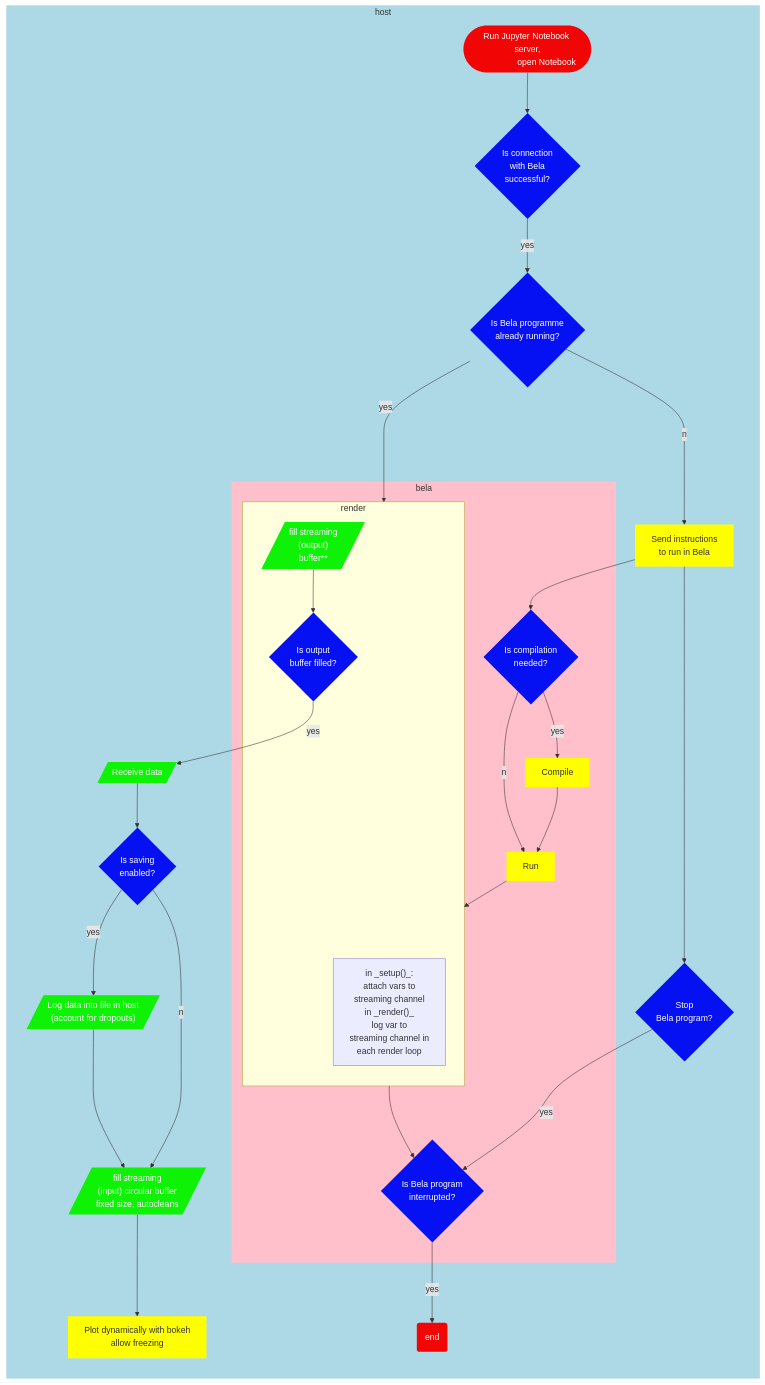
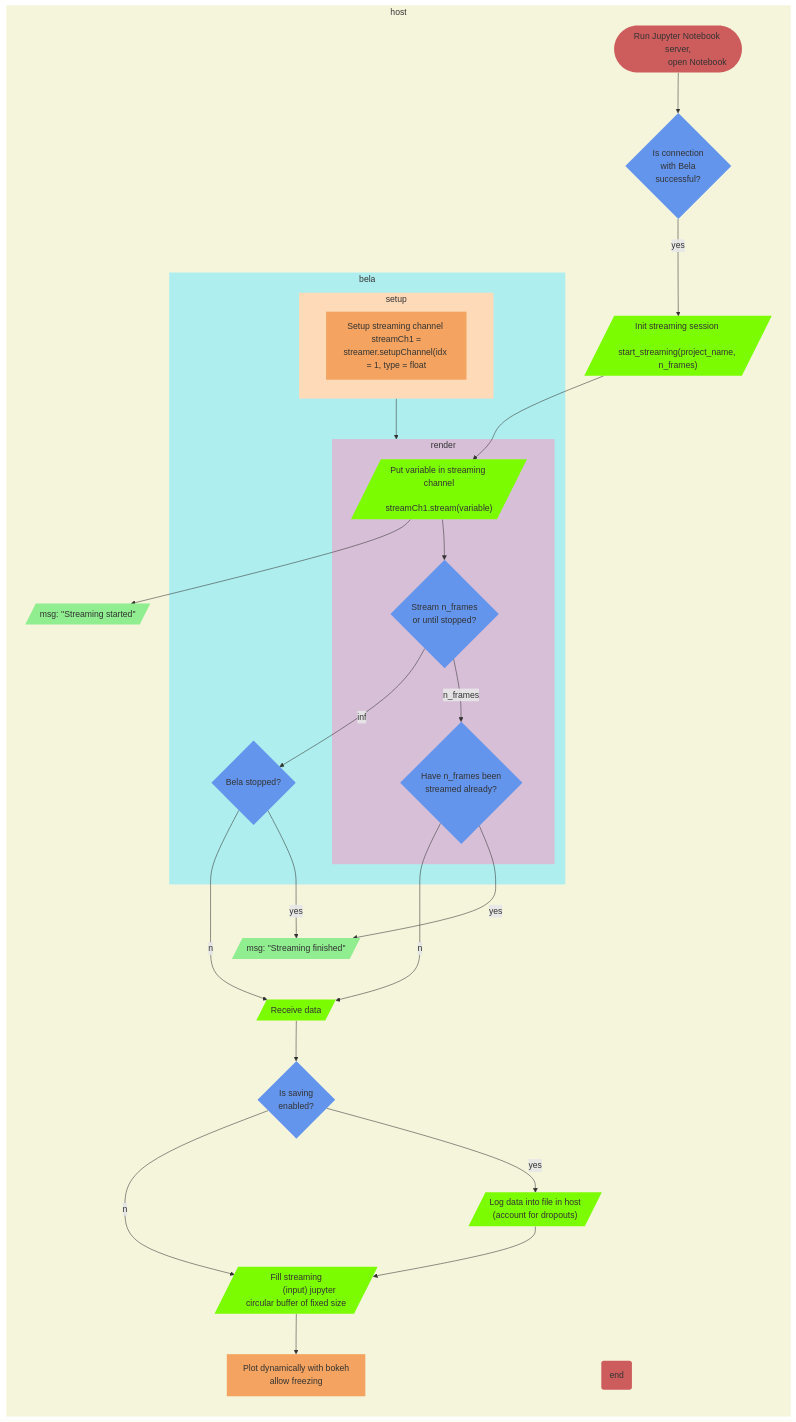
One commit to BelaPlatform/pybela changed the diagram in flowcharts/streaming.md. Above: the diagram before and after it, drawn with Mermaid. The commit also changed 3 other files, not shown here.

Commit message:
updated flowcharts with latest changes from excel dataflow

````diff
--- a/flowcharts/streaming.md
+++ b/flowcharts/streaming.md
@@ -14,13 +14,18 @@
 
 flowchart TD
 
-	classDef c_st fill:#F20505,color:white,stroke-width:0
-	classDef c_io fill:#0DF205,color:white,stroke-width:0
-	classDef c_p fill:yellow,stroke-width:0
-	classDef c_con fill:#0511F2,color:white,stroke-width:0
+
+	classDef c_st fill:indianred,stroke-width:0
+	classDef c_io fill:lawngreen,stroke-width:0
+	classDef c_p fill:sandybrown,stroke-width:0
+	classDef c_msg fill:lightgreen,stroke-width:0
+	classDef c_con fill:cornflowerblue,stroke-width:0
 	classDef c_bela fill:magenta,stroke-width:0
-	style bela fill:pink,stroke-width:0
-	style host fill:lightblue,stroke-width:0
+
+	style host fill:beige,stroke-width:0
+	style bela fill:paleturquoise,stroke-width:0
+	style setup fill:peachpuff,stroke-width:0
+	style render fill:thistle,stroke-width:0
 
 	subgraph host
 		direction TB
@@ -29,43 +34,38 @@
 		c_all_good{"Is connection
 		with Bela
 		successful?"}:::c_con
-		c_already_run{"Is Bela programme
-		already running?"}:::c_con
-		p_send_inst["Send instructions
-		to run in Bela"]:::c_p
 
-		c_is_stopped{"Stop
-		Bela program?"}:::c_con
+
+		io_start[/"Init streaming session 
+		start_streaming(project_name, n_frames)"/]:::c_io
 
 		subgraph bela
-			c_comp_needed{"Is compilation
-			needed?"}:::c_con
-			p_compile["Compile"]:::c_p
-			p_run["Run"]:::c_p
+
+			
+			subgraph setup
+				p_stream_setup["Setup streaming channel \n streamCh1 = streamer.setupChannel(idx = 1, type = float"]:::c_p
+			end
+
 
             subgraph render
-                n1["in _setup()_:
-                attach vars to
-                streaming channel
-                in _render()_
-                log var to
-                streaming channel in
-                each render loop"]
-                io_fill_obuff[/"fill streaming
-                (output)
-                buffer**"/]:::c_io
-                c_buff_filled{"Is output
-                buffer filled?"}:::c_con
+     
+                io_fill_obuff[/"Put variable in streaming channel
+				streamCh1.stream(variable)"/]:::c_io
+				c_mode{"Stream n_frames 
+				or until stopped?"}:::c_con
+                c_buff_filled{"Have n_frames been 
+				streamed already?"}:::c_con
             end
-			c_int{"Is Bela program
-			interrupted?"}:::c_con
+
+			c_stop{"Bela stopped?"}:::c_con
+
 		end
 
         io_receive[/"Receive data"/]:::c_io
 
-        io_fill_ibuff[/"fill streaming
-            (input) circular buffer
-            fixed size, autocleans"/]:::c_io
+        io_fill_ibuff[/"Fill streaming
+            (input) jupyter circular buffer of fixed size
+            "/]:::c_io
         io_save_log[/"Log data into file in host
         (account for dropouts)"/]:::c_io
         c_saving{"Is saving
@@ -73,34 +73,33 @@
         p_plot["Plot dynamically with bokeh
         allow freezing"]:::c_p
 
+				
+		msg_start[/"msg: ''Streaming started''"/]:::c_msg
+		msg_e[/"msg: ''Streaming finished''"/]:::c_msg
 
 		st-->c_all_good
-		c_all_good--yes-->c_already_run
-		c_already_run--no-->p_send_inst
-		c_already_run--yes-->render
-		p_send_inst-->c_is_stopped
-
-		p_send_inst-->c_comp_needed
-		c_comp_needed--yes-->p_compile
-		c_comp_needed--no-->p_run
-		p_compile-->p_run
-        p_run-->render
-		render-->c_int
-		%% c_comp--no-->e
+		c_all_good--yes-->io_start
+		io_start-->io_fill_obuff
+		io_fill_obuff-->msg_start
+		io_fill_obuff-->c_mode
+		c_mode--inf-->c_stop
+		c_stop--no-->io_receive
+		c_stop--yes-->msg_e
+		c_mode--n_frames-->c_buff_filled
+		c_buff_filled--no-->io_receive
+		c_buff_filled--yes-->msg_e
 
 
-        io_fill_obuff-->c_buff_filled
-        c_buff_filled--yes-->io_receive
+		setup-->render
+
         io_receive-->c_saving
         c_saving--no-->io_fill_ibuff
         c_saving--yes-->io_save_log
         io_save_log-->io_fill_ibuff
         io_fill_ibuff-->p_plot
 
-		c_is_stopped--yes-->c_int
+
 		e("end"):::c_st
-
-		c_int--yes-->e
 
 	end
 ```
````
